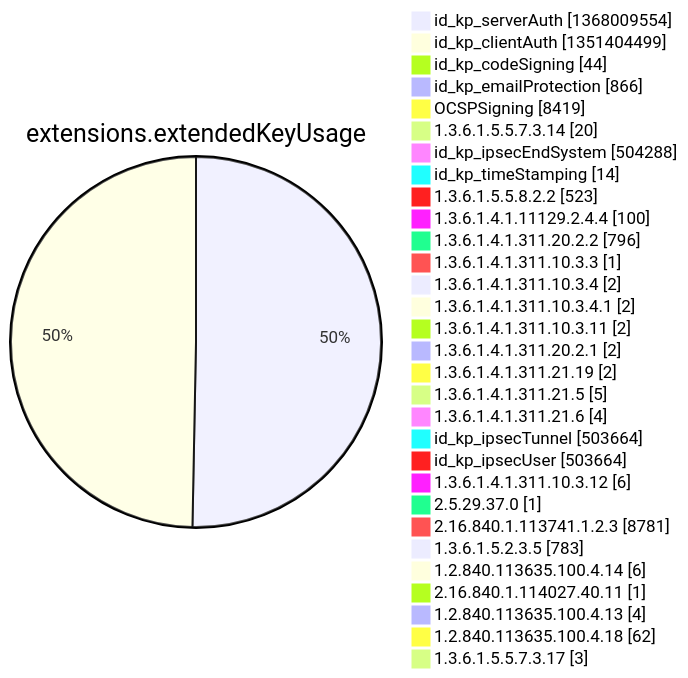
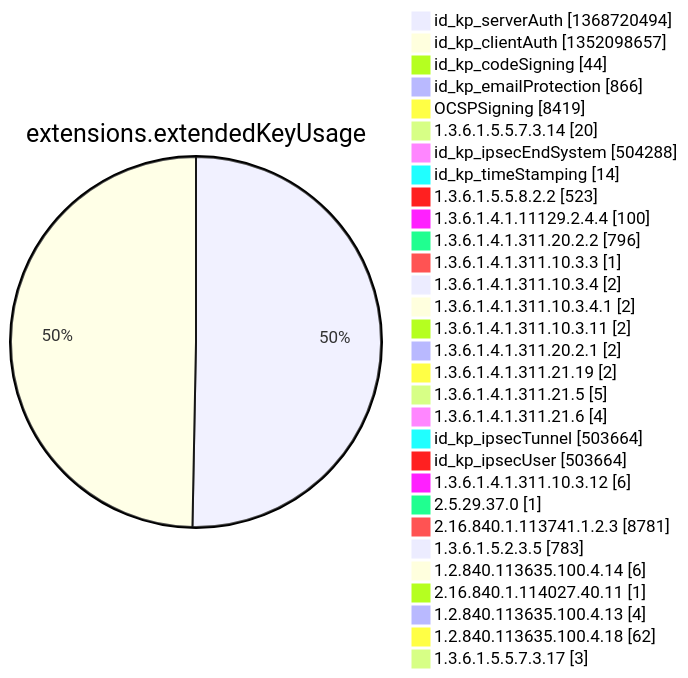
One commit to christiankrug/ctmonitor_visualization changed diagram 12 of 15 in argon2022/README.md. Above: the diagram before and after it, drawn with Mermaid. The commit also changed other lines of this file, not shown here.

````diff
--- a/argon2022/README.md
+++ b/argon2022/README.md
@@ -3553,34 +3553,34 @@
 ```mermaid
 pie showData
 title extensions.extendedKeyUsage
-"id_kp_serverAuth" :1368009554
-"id_kp_clientAuth" :1351404499
+"id_kp_serverAuth" :1368720494
+"id_kp_clientAuth" :1352098657
 "id_kp_codeSigning" :44
 "id_kp_emailProtection" :866
 "OCSPSigning" :8419
 "1.3.6.1.5.5.7.3.14" :20
 "id_kp_ipsecEndSystem" :504288
 "id_kp_timeStamping" :14
 "1.3.6.1.5.5.8.2.2" :523
 "1.3.6.1.4.1.11129.2.4.4" :100
 "1.3.6.1.4.1.311.20.2.2" :796
 "1.3.6.1.4.1.311.10.3.3" :1
 "1.3.6.1.4.1.311.10.3.4" :2
 "1.3.6.1.4.1.311.10.3.4.1" :2
 "1.3.6.1.4.1.311.10.3.11" :2
 "1.3.6.1.4.1.311.20.2.1" :2
 "1.3.6.1.4.1.311.21.19" :2
 "1.3.6.1.4.1.311.21.5" :5
 "1.3.6.1.4.1.311.21.6" :4
 "id_kp_ipsecTunnel" :503664
 "id_kp_ipsecUser" :503664
 "1.3.6.1.4.1.311.10.3.12" :6
 "2.5.29.37.0" :1
 "2.16.840.1.113741.1.2.3" :8781
 "1.3.6.1.5.2.3.5" :783
 "1.2.840.113635.100.4.14" :6
 "2.16.840.1.114027.40.11" :1
 "1.2.840.113635.100.4.13" :4
 "1.2.840.113635.100.4.18" :62
 "1.3.6.1.5.5.7.3.17" :3
 ```
````
